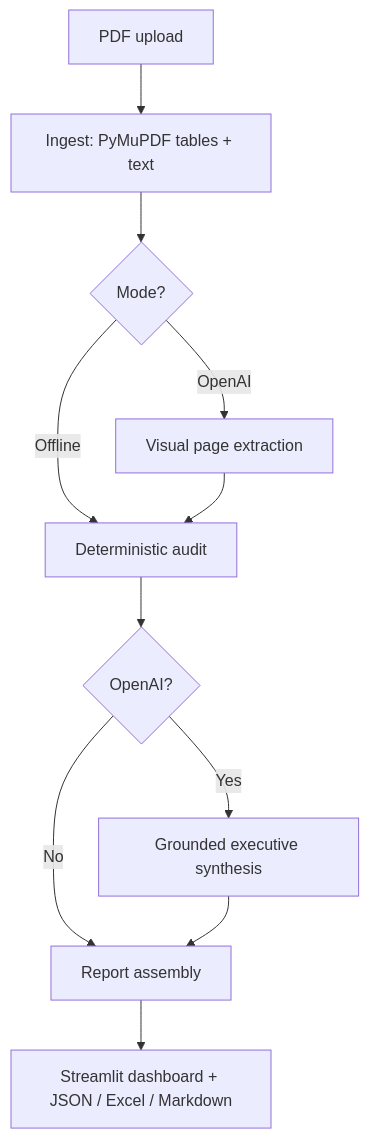
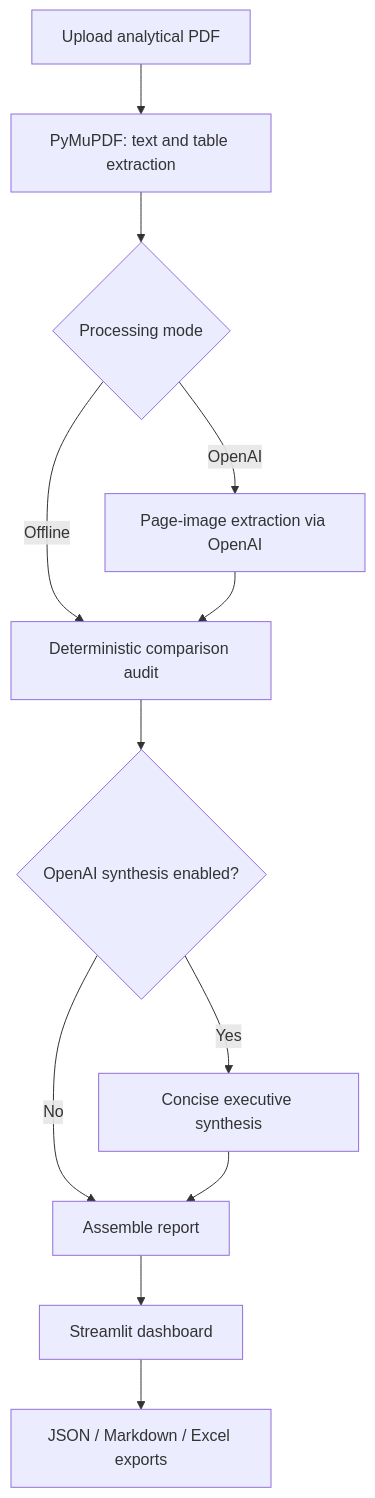
Before and after one commit to Rahul-Ratusaria/insight_generator-langgraph: the diagram in README.md, drawn with Mermaid. The commit also changed other lines of this file, not shown here.

````diff
--- a/README.md
+++ b/README.md
@@ -11,13 +40,14 @@
 ```mermaid
 flowchart TD
-    A[PDF upload] --> B[Ingest: PyMuPDF tables + text]
-    B --> C{Mode?}
-    C -->|Offline| E[Deterministic audit]
-    C -->|OpenAI| D[Visual page extraction]
+    A[Upload analytical PDF] --> B[PyMuPDF: text and table extraction]
+    B --> C{Processing mode}
+    C -->|Offline| E[Deterministic comparison audit]
+    C -->|OpenAI| D[Page-image extraction via OpenAI]
     D --> E
-    E --> F{OpenAI?}
-    F -->|Yes| G[Grounded executive synthesis]
-    F -->|No| H[Report assembly]
+    E --> F{OpenAI synthesis enabled?}
+    F -->|No| H[Assemble report]
+    F -->|Yes| G[Concise executive synthesis]
     G --> H
-    H --> I[Streamlit dashboard + JSON / Excel / Markdown]
+    H --> I[Streamlit dashboard]
+    I --> J[JSON / Markdown / Excel exports]
 ```
````
